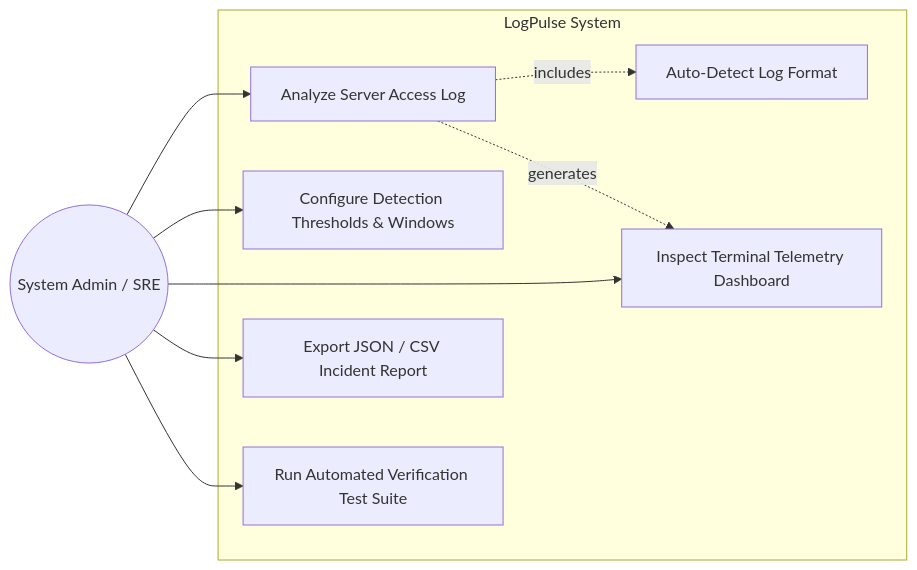
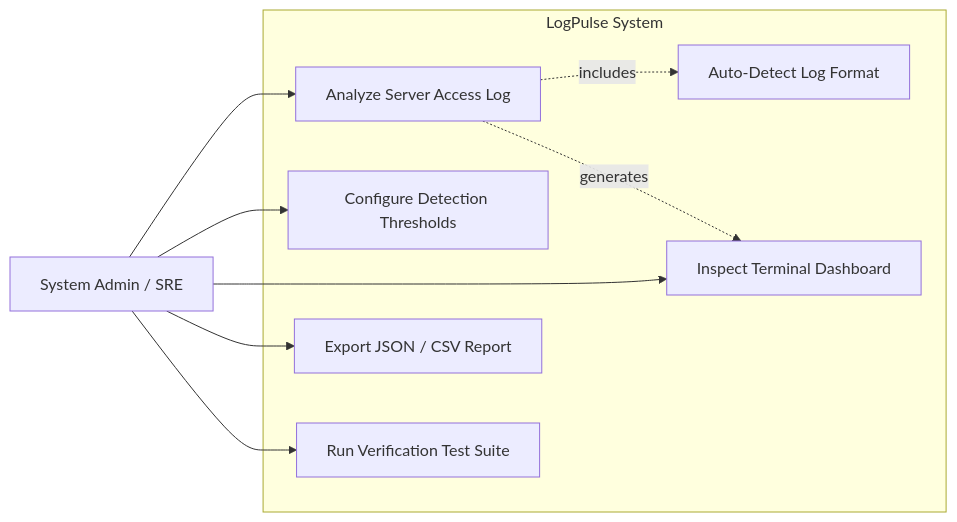
Before and after one commit to dhrrishitvdeka/LogPulse-Vityarthi: the second of 6 diagrams in PROJECT_REPORT.md, drawn with Mermaid. The commit also changed other lines of this file and 5 other files, not shown here.

````diff
--- a/PROJECT_REPORT.md
+++ b/PROJECT_REPORT.md
@@ -140,21 +141,21 @@
 ```mermaid
 flowchart LR
-    User((System Admin / SRE))
+    User["System Admin / SRE"]
 
-    subgraph LogPulse System
-        UC1[Analyze Server Access Log]
-        UC2[Configure Detection Thresholds & Windows]
-        UC3[Auto-Detect Log Format]
-        UC4[Inspect Terminal Telemetry Dashboard]
-        UC5[Export JSON / CSV Incident Report]
-        UC6[Run Automated Verification Test Suite]
+    subgraph LogPulseSystem["LogPulse System"]
+        UC1["Analyze Server Access Log"]
+        UC2["Configure Detection Thresholds"]
+        UC3["Auto-Detect Log Format"]
+        UC4["Inspect Terminal Dashboard"]
+        UC5["Export JSON / CSV Report"]
+        UC6["Run Verification Test Suite"]
     end
 
     User --> UC1
     User --> UC2
     User --> UC4
     User --> UC5
     User --> UC6
     UC1 -.->|includes| UC3
     UC1 -.->|generates| UC4
 ```
````
